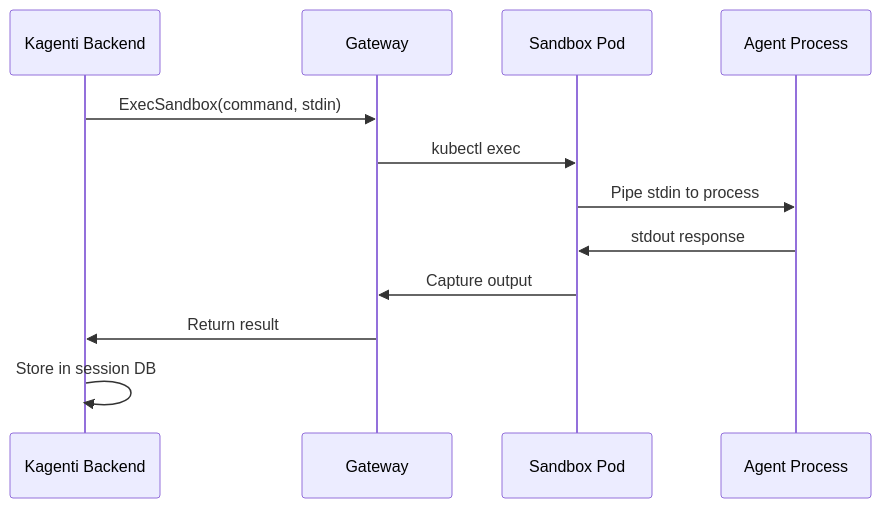
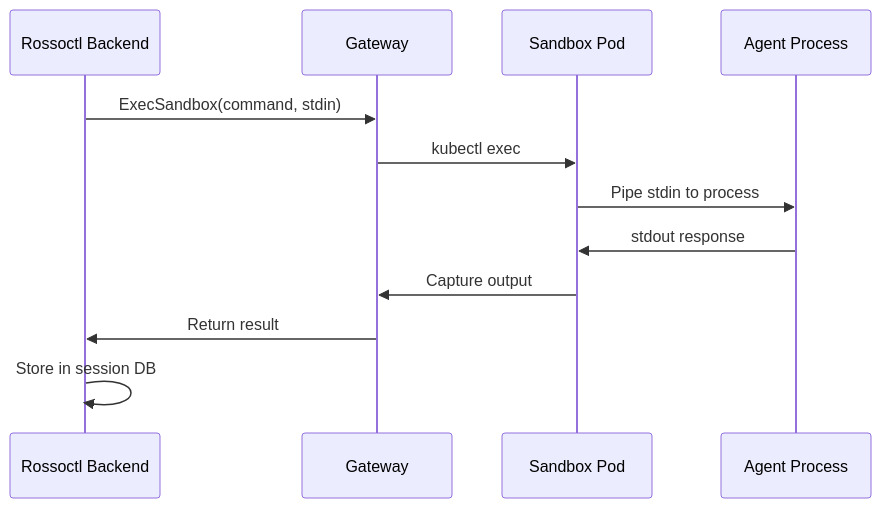
Before and after one commit to kagenti/kagenti: the third of 4 diagrams in docs/agentic-runtime/conversation-and-hitl.md, drawn with Mermaid. The commit also changed other lines of this file and 1316 other files, not shown here.

First line of the commit message:
⚠️ Rename Kagenti → Rossoctl across the flagship repo (→ rossoctl)

````diff
--- a/docs/agentic-runtime/conversation-and-hitl.md
+++ b/docs/agentic-runtime/conversation-and-hitl.md
@@ -69,15 +69,15 @@
 ```mermaid
 sequenceDiagram
-    participant BE as Kagenti Backend
+    participant BE as Rossoctl Backend
     participant GW as Gateway
     participant SB as Sandbox Pod
     participant Agent as Agent Process
 
     BE->>GW: ExecSandbox(command, stdin)
     GW->>SB: kubectl exec
     SB->>Agent: Pipe stdin to process
     Agent->>SB: stdout response
     SB->>GW: Capture output
     GW->>BE: Return result
     BE->>BE: Store in session DB
 ```
````
